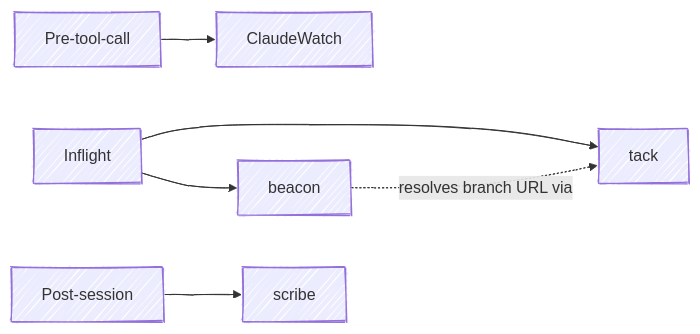
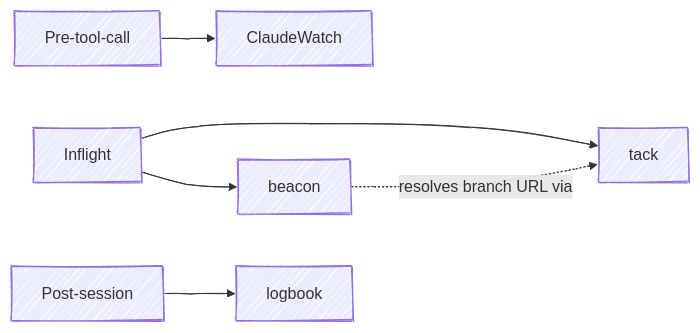
The diagram in docs/relationships.md (chris-peterson/claude-marketplace), drawn with Mermaid before and after one commit. The commit also changed other lines of this file and 1 other file, not shown here.

````diff
--- a/docs/relationships.md
+++ b/docs/relationships.md
@@ -16,10 +16,10 @@
 ```mermaid
 %%{ init: { 'look': 'handDrawn' } }%%
 flowchart LR
     Pre[Pre-tool-call] --> CW[ClaudeWatch]
     Inflight[Inflight] --> Tack[tack]
     Inflight --> Beacon[beacon]
-    Post[Post-session] --> Scribe[scribe]
+    Post[Post-session] --> Logbook[logbook]
 
     Beacon -. resolves branch URL via .-> Tack
 ```
````
